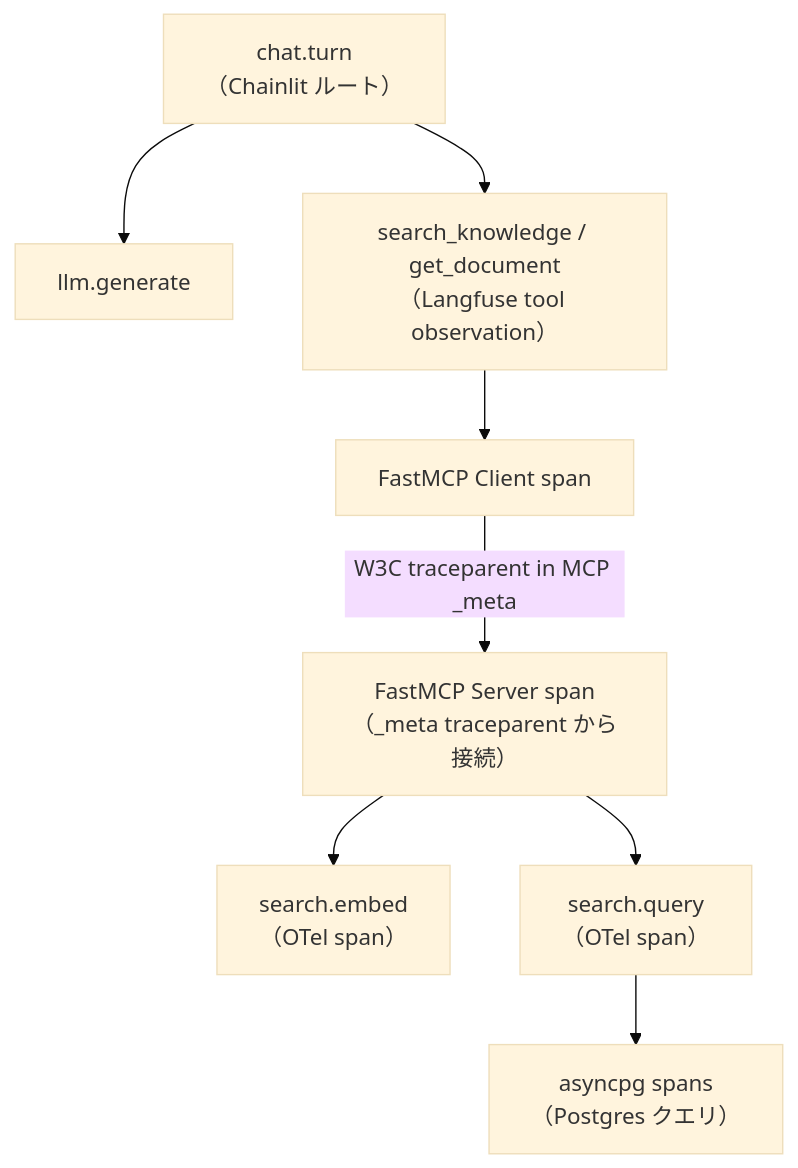
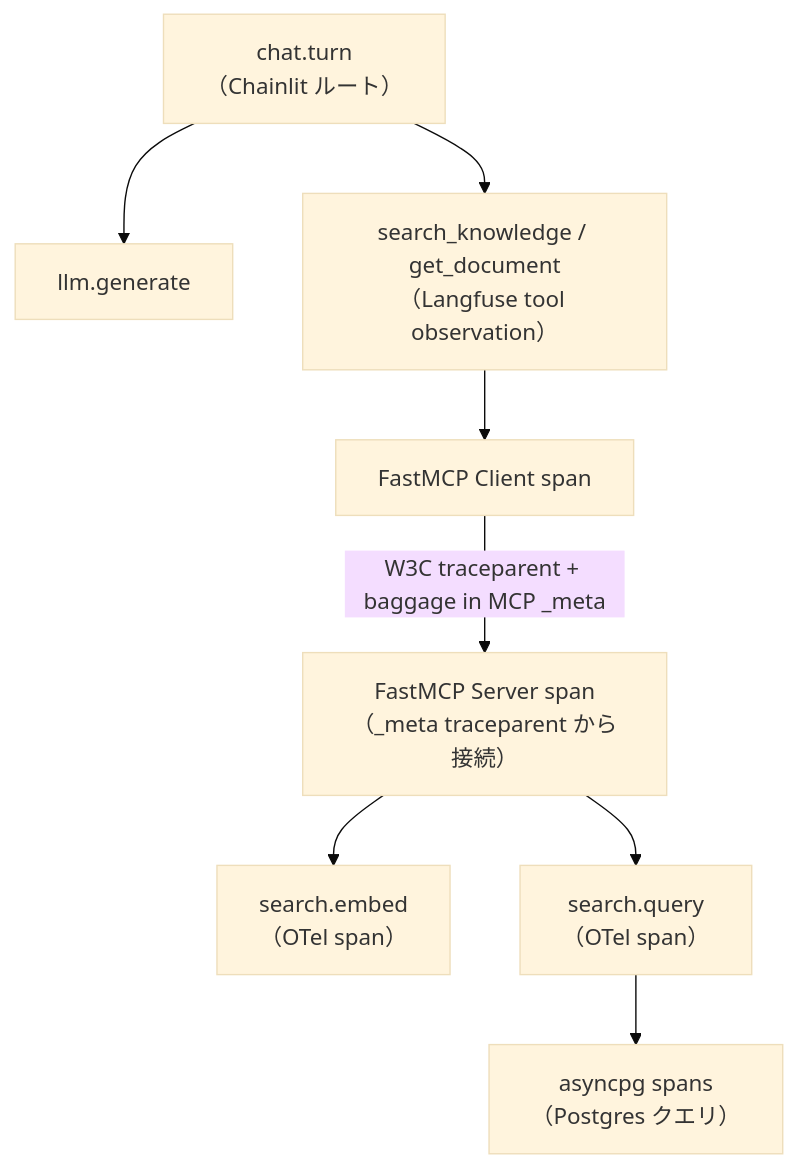
The second of 2 diagrams in docs/current/architecture.md (s-kodani/template-ai-coding), drawn with Mermaid (base theme) before and after one commit. The commit also changed other lines of this file and 9 other files, not shown here.

````diff
--- a/docs/current/architecture.md
+++ b/docs/current/architecture.md
@@ -72,19 +72,19 @@
 ```mermaid
 flowchart TD
     chat["chat.turn<br/>（Chainlit ルート）"]
     llm["llm.generate"]
     tool["search_knowledge / get_document<br/>（Langfuse tool observation）"]
     client["FastMCP Client span"]
     server["FastMCP Server span<br/>（_meta traceparent から接続）"]
     embed["search.embed<br/>（OTel span）"]
     query["search.query<br/>（OTel span）"]
     db["asyncpg spans<br/>（Postgres クエリ）"]
 
     chat --> llm
     chat --> tool
     tool --> client
-    client -->|"W3C traceparent in MCP _meta"| server
+    client -->|"W3C traceparent + baggage in MCP _meta"| server
     server --> embed
     server --> query
     query --> db
 ```
````
